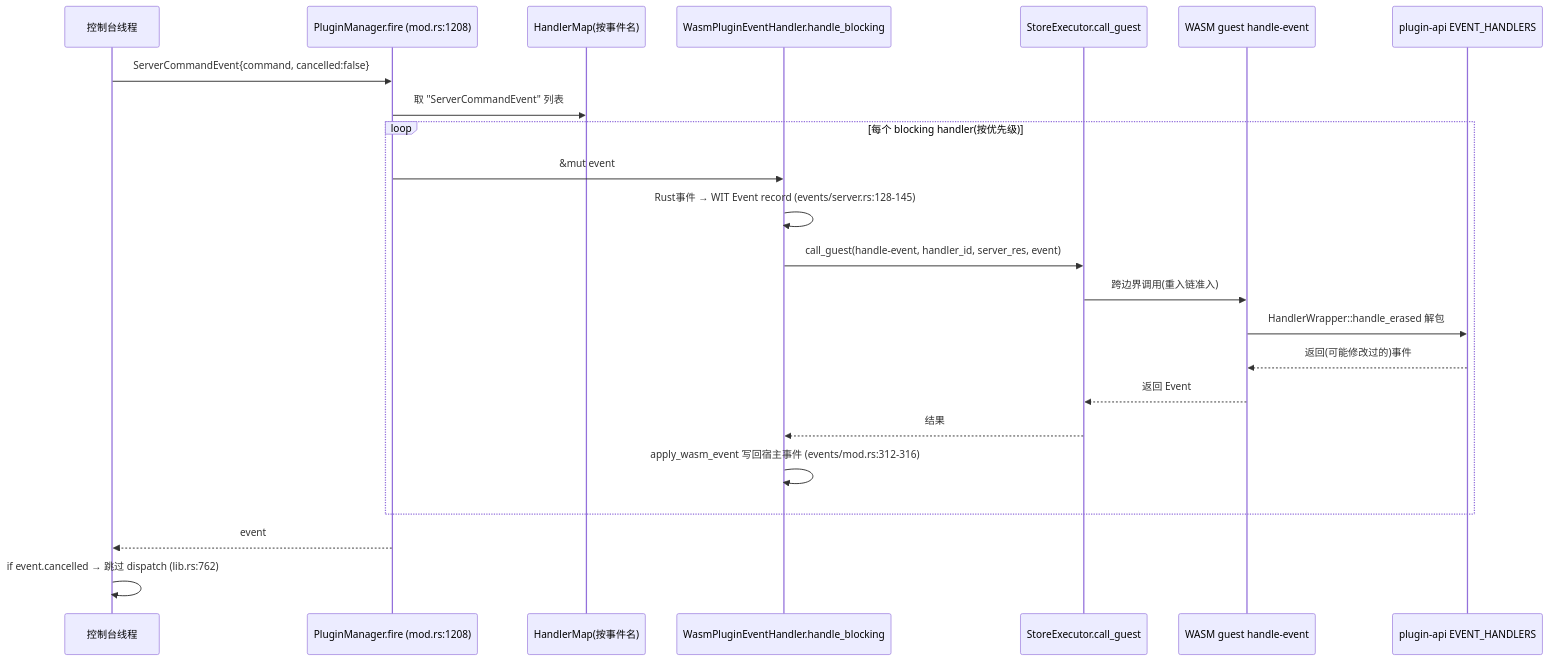
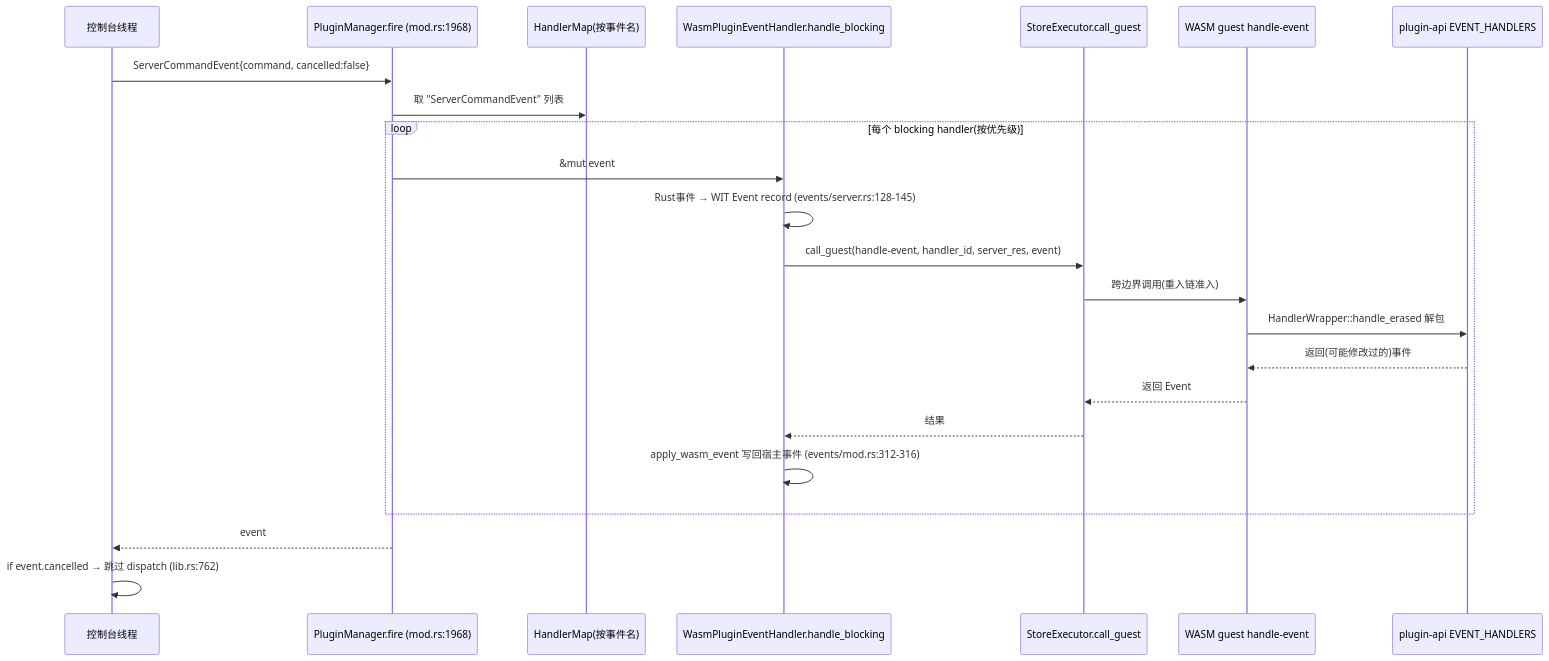
One commit to Quotidietium/Papokin changed the sixth of 6 diagrams in note/05-数据流.md. Above: the diagram before and after it, drawn with Mermaid. The commit also changed other lines of this file and 1 other file, not shown here.

Commit message:
docs(note): 模块与数据流对齐轮次25订阅表

````diff
--- a/note/05-数据流.md
+++ b/note/05-数据流.md
@@ -193,25 +193,25 @@
 ```mermaid
 sequenceDiagram
     participant Console as 控制台线程
-    participant PM as PluginManager.fire (mod.rs:1208)
+    participant PM as PluginManager.fire (mod.rs:1968)
     participant H as HandlerMap(按事件名)
     participant W as WasmPluginEventHandler.handle_blocking
     participant RT as StoreExecutor.call_guest
     participant G as WASM guest handle-event
     participant API as plugin-api EVENT_HANDLERS
     Console->>PM: ServerCommandEvent{command, cancelled:false}
     PM->>H: 取 "ServerCommandEvent" 列表
     loop 每个 blocking handler(按优先级)
         PM->>W: &mut event
         W->>W: Rust事件 → WIT Event record (events/server.rs:128-145)
         W->>RT: call_guest(handle-event, handler_id, server_res, event)
         RT->>G: 跨边界调用(重入链准入)
         G->>API: HandlerWrapper::handle_erased 解包
         API-->>G: 返回(可能修改过的)事件
         G-->>RT: 返回 Event
         RT-->>W: 结果
         W->>W: apply_wasm_event 写回宿主事件 (events/mod.rs:312-316)
     end
     PM-->>Console: event
     Console->>Console: if event.cancelled → 跳过 dispatch (lib.rs:762)
 ```
````
